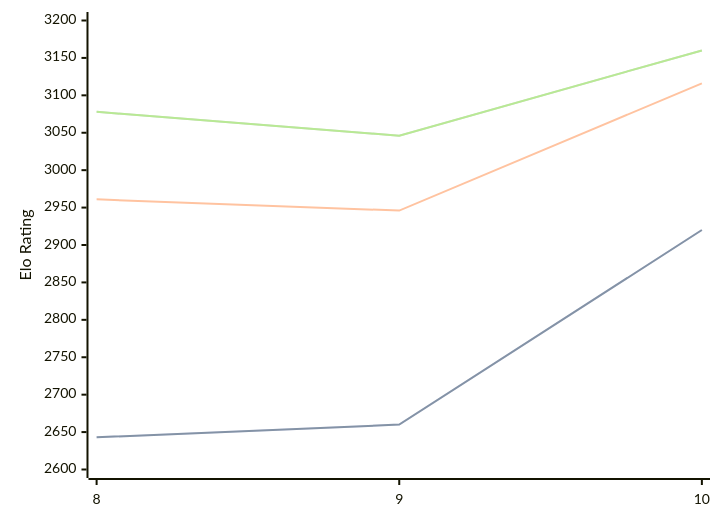
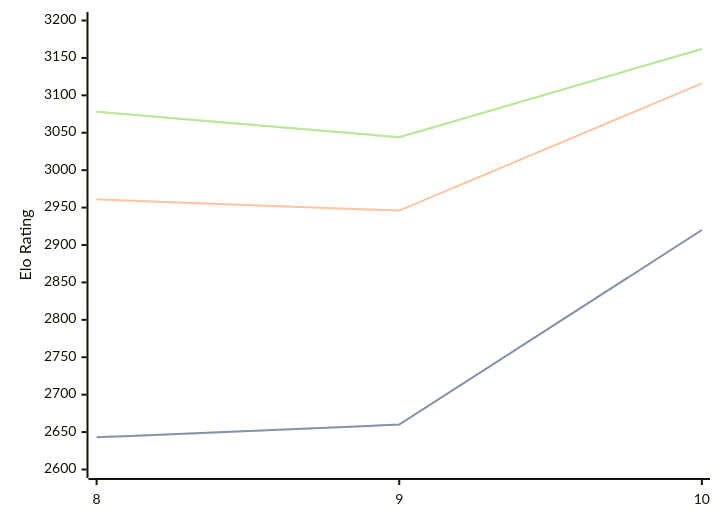
Before and after one commit to computer-chess-index/cci: the diagram in engines/Lozza.md, drawn with Mermaid. The commit also changed other lines of this file, not shown here.

Commit message:
Update CCI Ratings (ELO VLTC) - 2026-03-06

````diff
--- a/engines/Lozza.md
+++ b/engines/Lozza.md
@@ -39,11 +39,11 @@
 ```mermaid
 %%{init: {"theme":"base","themeVariables":{"seriesColors:['#a3a3a3','#222221','#faa371']}}}%%
 xychart-beta
   x-axis ["8", "9", "10"]
   y-axis "Elo Rating" 2600 --> 3200
   line "STC (8.0+0.08s)" [2643, 2660, 2920]
   line "STC (8.0+0.08s)" [2643, 2660, 2920]
   line "LTC (60.0+0.60s)" [2961, 2946, 3116]
-  line "VLTC (2m24s+1.12s)" [3078, 3046, 3160]
-  line "VLTC (2m24s+1.12s)" [3078, 3046, 3160]
+  line "VLTC (2m24s+1.12s)" [3078, 3044, 3162]
+  line "VLTC (2m24s+1.12s)" [3078, 3044, 3162]
 ```
````
